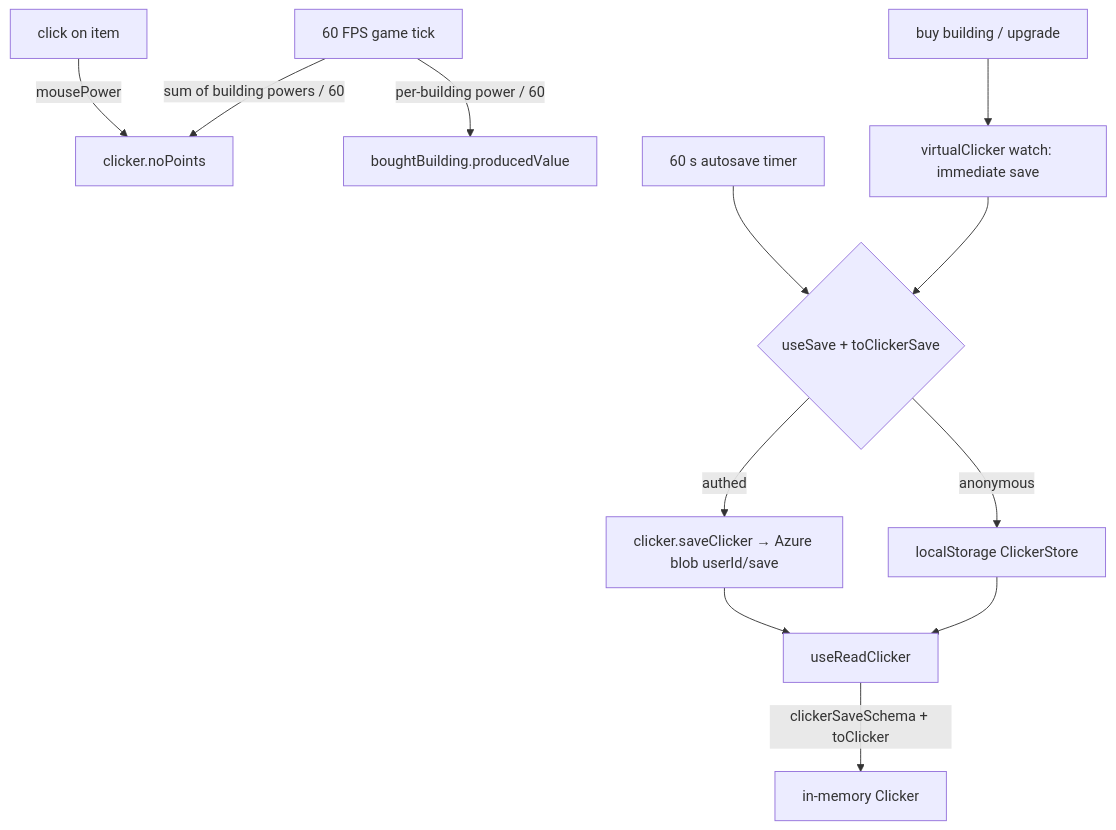
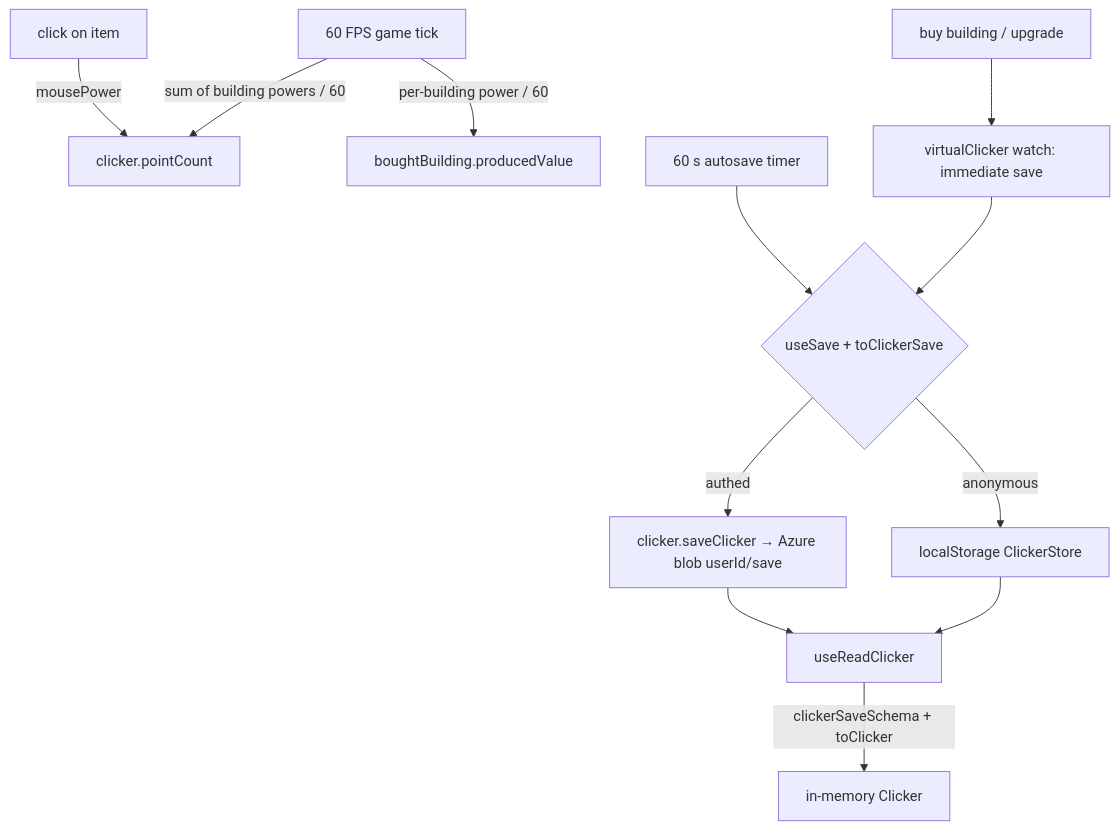
The diagram in packages/app/content/docs/clicker/game-loop-and-saves.md (Esposter/Esposter), drawn with Mermaid before and after one commit. The commit also changed other lines of this file and 45 other files, not shown here.

````diff
--- a/packages/app/content/docs/clicker/game-loop-and-saves.md
+++ b/packages/app/content/docs/clicker/game-loop-and-saves.md
@@ -19,14 +19,14 @@
 ```mermaid
 flowchart TD
-  click[click on item] -->|mousePower| points[clicker.noPoints]
+  click[click on item] -->|mousePower| points[clicker.pointCount]
   tick[60 FPS game tick] -->|sum of building powers / 60| points
   tick -->|per-building power / 60| produced[boughtBuilding.producedValue]
   buy[buy building / upgrade] --> save60[virtualClicker watch: immediate save]
   auto[60 s autosave timer] --> persist
   save60 --> persist{useSave + toClickerSave}
   persist -->|authed| blob[clicker.saveClicker → Azure blob userId/save]
   persist -->|anonymous| ls[localStorage ClickerStore]
   blob --> load[useReadClicker]
   ls --> load
   load -->|clickerSaveSchema + toClicker| clicker[in-memory Clicker]
 ```
````
